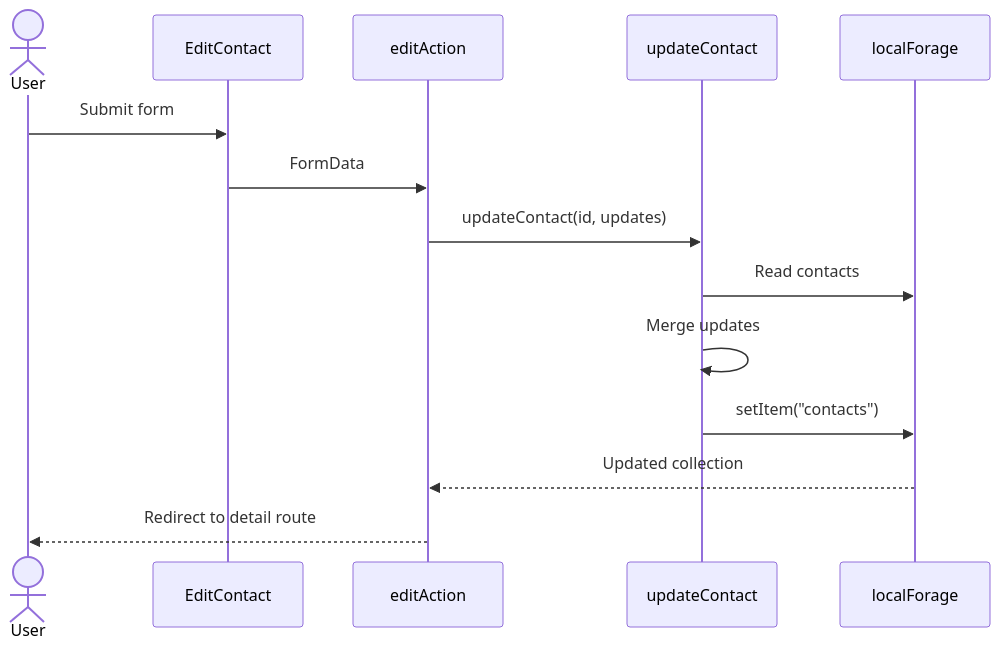
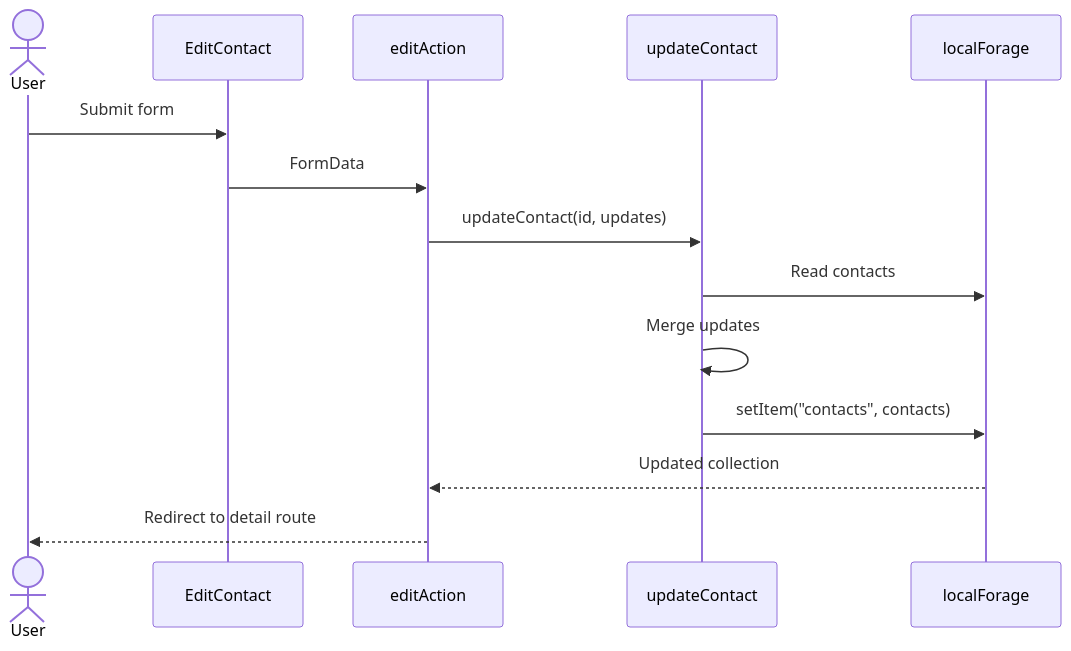
One commit to Brajesh31/Contact-Display changed the second of 3 diagrams in docs/architecture/sequence-flows.md. Above: the diagram before and after it, drawn with Mermaid.

````diff
--- a/docs/architecture/sequence-flows.md
+++ b/docs/architecture/sequence-flows.md
@@ -24,16 +24,16 @@
 ```mermaid
 sequenceDiagram
     actor User
     participant Edit as EditContact
     participant Router as editAction
     participant Data as updateContact
     participant Store as localForage
     User->>Edit: Submit form
     Edit->>Router: FormData
     Router->>Data: updateContact(id, updates)
     Data->>Store: Read contacts
     Data->>Data: Merge updates
-    Data->>Store: setItem("contacts")
+    Data->>Store: setItem("contacts", contacts)
     Store-->>Router: Updated collection
     Router-->>User: Redirect to detail route
 ```
````
